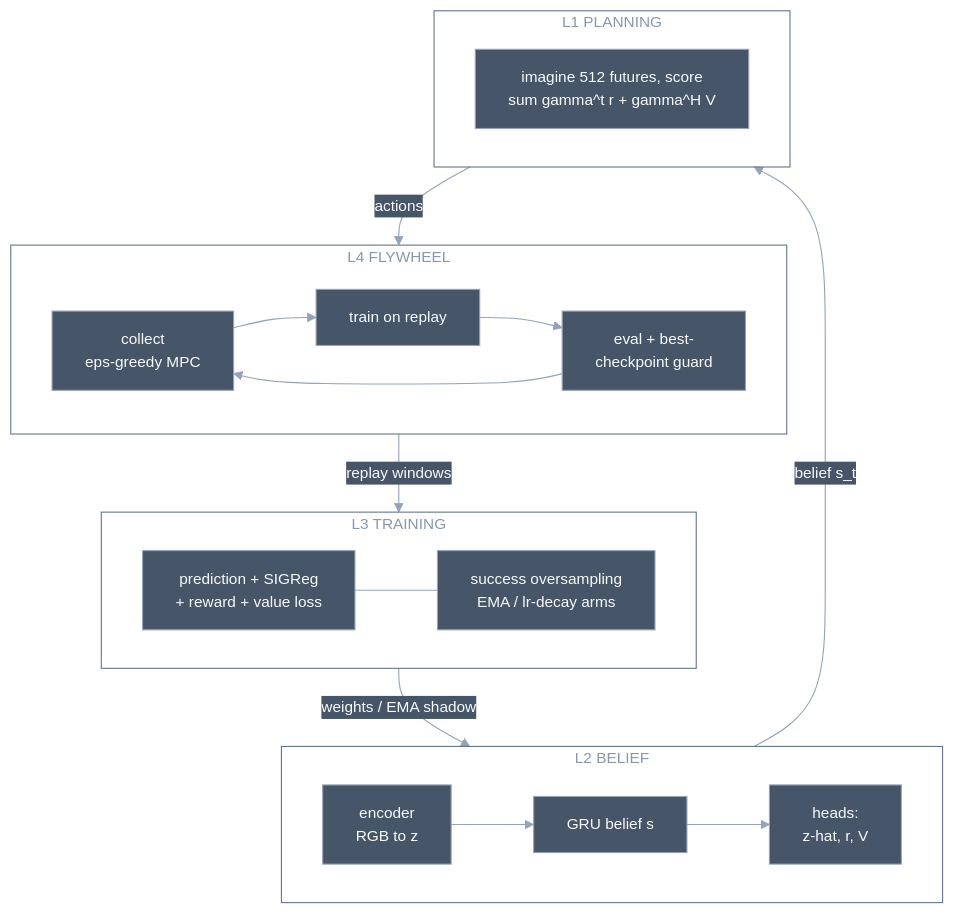
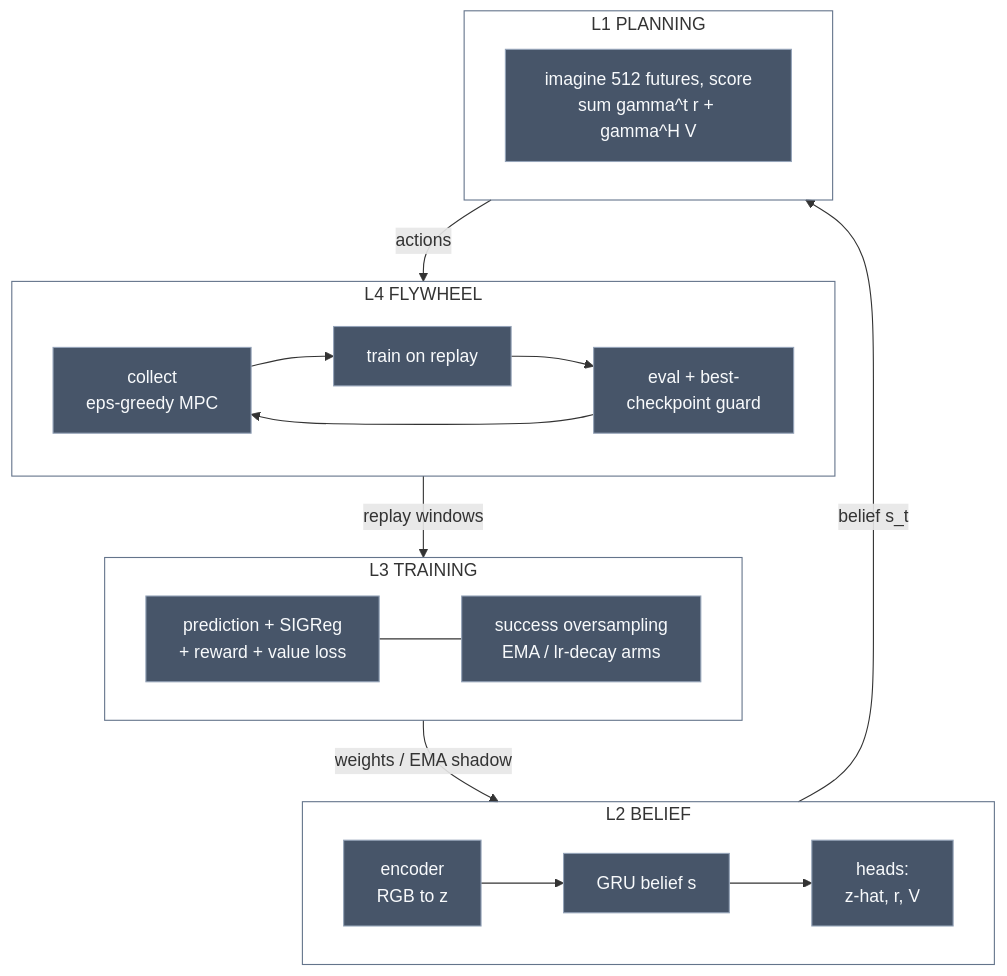
The diagram in knowledge/concepts/agent-architecture.md (davidverholen/world-model-lab), drawn with Mermaid before and after one commit.

Commit message:
mermaid: classDef/style instead of init directive (extension crashes on directive re-parse at file reopen)

````diff
--- a/knowledge/concepts/agent-architecture.md
+++ b/knowledge/concepts/agent-architecture.md
@@ -18,31 +18,33 @@
 ```mermaid
-%%{init: {"theme":"base","themeVariables":{
-  "primaryColor":"#475569","primaryTextColor":"#f8fafc","primaryBorderColor":"#94a3b8",
-  "lineColor":"#94a3b8","textColor":"#64748b",
-  "clusterBkg":"transparent","clusterBorder":"#64748b",
-  "edgeLabelBackground":"#475569","fontSize":"14px"}}}%%
 flowchart TB
     subgraph L4["L4 FLYWHEEL"]
         direction LR
         collect["collect<br/>eps-greedy MPC"] --> trainstep["train on replay"] --> evalstep["eval + best-<br/>checkpoint guard"] --> collect
     end
 
     subgraph L3["L3 TRAINING"]
         direction LR
         loss["prediction + SIGReg<br/>+ reward + value loss"] --- tricks["success oversampling<br/>EMA / lr-decay arms"]
     end
 
     subgraph L2["L2 BELIEF"]
         direction LR
         enc["encoder<br/>RGB to z"] --> gru["GRU belief s"] --> heads["heads:<br/>z-hat, r, V"]
     end
 
     subgraph L1["L1 PLANNING"]
         cem["imagine 512 futures, score<br/>sum gamma^t r + gamma^H V"]
     end
 
     L4 -->|replay windows| L3
     L3 -->|weights / EMA shadow| L2
     L2 -->|belief s_t| L1
     L1 -->|actions| L4
+
+    classDef box fill:#475569,stroke:#94a3b8,color:#f8fafc
+    class collect,trainstep,evalstep,loss,tricks,enc,gru,heads,cem box
+    style L4 fill:none,stroke:#64748b
+    style L3 fill:none,stroke:#64748b
+    style L2 fill:none,stroke:#64748b
+    style L1 fill:none,stroke:#64748b
 ```
````
